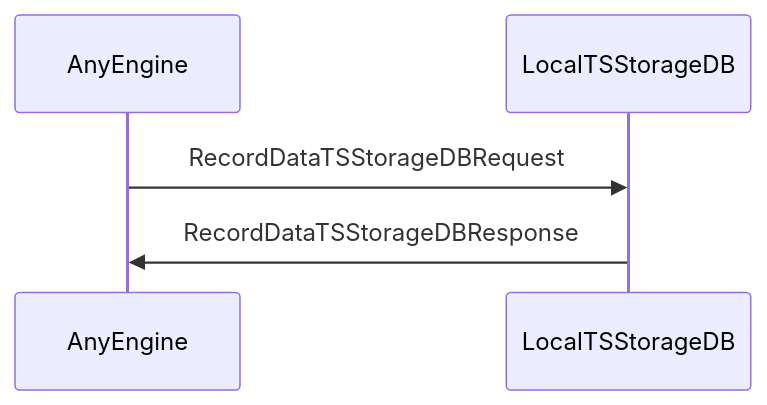
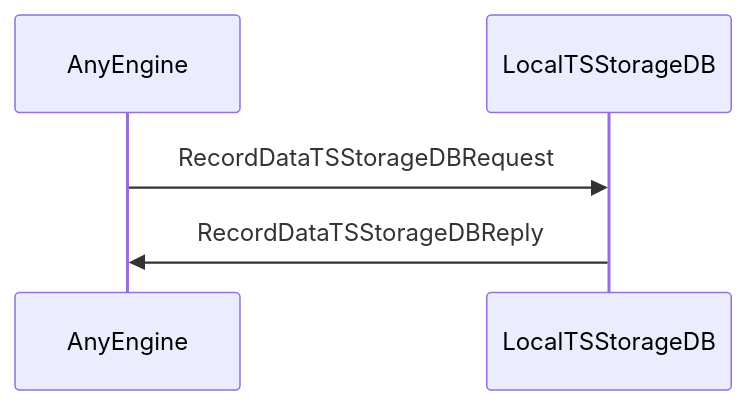
One commit to anoma/nspec changed the second of 3 diagrams in docs/arch/node/engines/local_time_series_storage_messages.juvix.md. Above: the diagram before and after it, drawn with Mermaid. The commit also changed other lines of this file and 37 other files, not shown here.

````diff
--- a/docs/arch/node/engines/local_time_series_storage_messages.juvix.md
+++ b/docs/arch/node/engines/local_time_series_storage_messages.juvix.md
@@ -59,8 +59,8 @@
 ```mermaid
 sequenceDiagram
     participant AnyEngine
     participant LocalTSStorageDB
 
     AnyEngine ->> LocalTSStorageDB: RecordDataTSStorageDBRequest
-    LocalTSStorageDB ->> AnyEngine: RecordDataTSStorageDBResponse
+    LocalTSStorageDB ->> AnyEngine: RecordDataTSStorageDBReply
 ```
````
